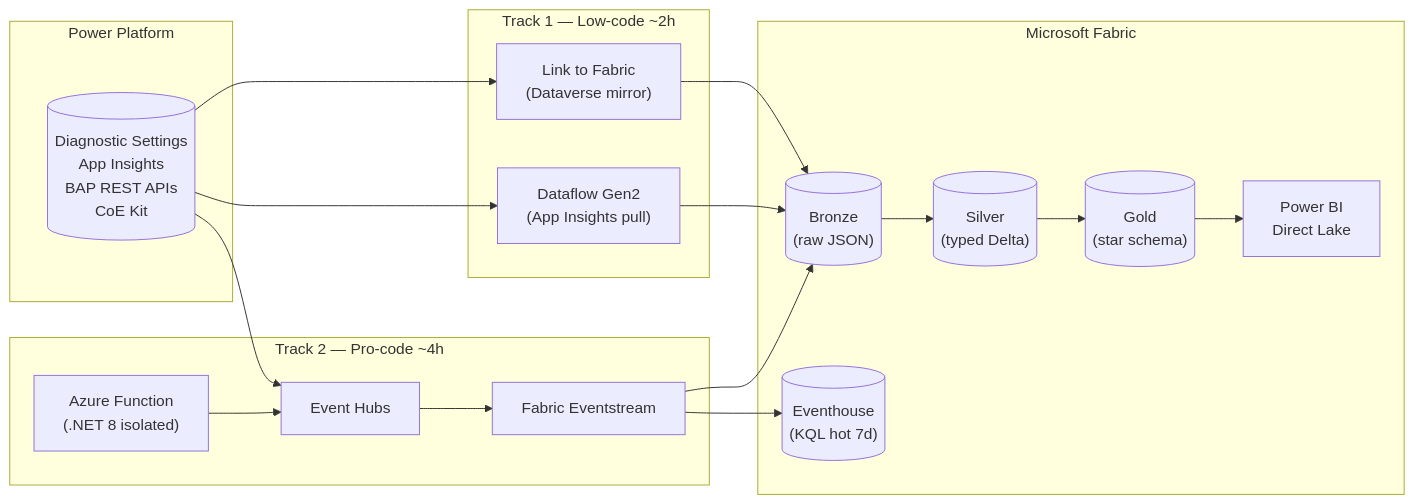
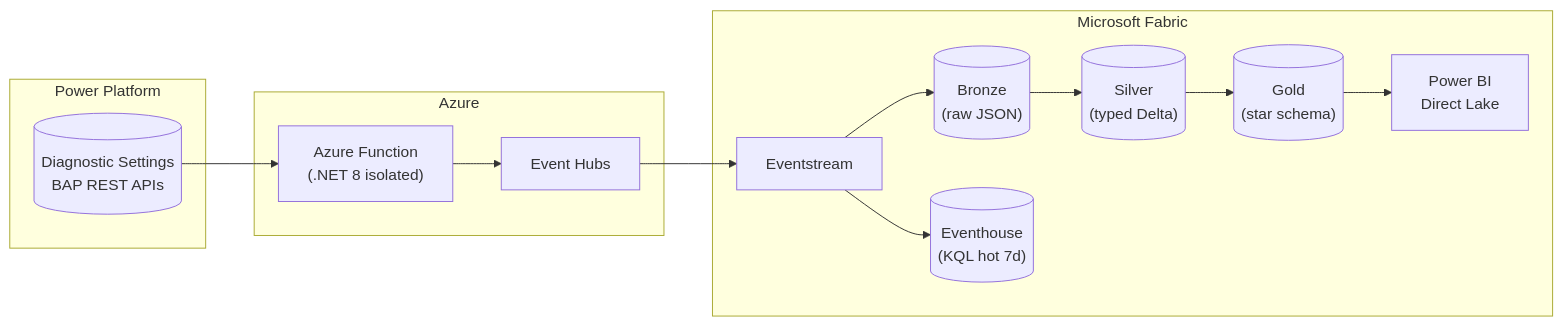
Before and after one commit to vaddify/powerplatform-telemetry-fabric-lab: the diagram in README.md, drawn with Mermaid. The commit also changed other lines of this file and 19 other files, not shown here.

First line of the commit message:
Refactor: remove low-code track, make repo purely pro-code

````diff
--- a/README.md
+++ b/README.md
@@ -61,32 +59,24 @@
 ```mermaid
 flowchart LR
     subgraph Sources["Power Platform"]
-        PP[("Diagnostic Settings\nApp Insights\nBAP REST APIs\nCoE Kit")]
+        PP[("Diagnostic Settings\nBAP REST APIs")]
     end
 
-    subgraph Track1["Track 1 — Low-code  ~2h"]
-        LF["Link to Fabric\n(Dataverse mirror)"]
-        DG["Dataflow Gen2\n(App Insights pull)"]
-    end
-
-    subgraph Track2["Track 2 — Pro-code  ~4h"]
+    subgraph Azure["Azure"]
+        FN["Azure Function\n(.NET 8 isolated)"]
         EH["Event Hubs"]
-        FN["Azure Function\n(.NET 8 isolated)"]
-        ES["Fabric Eventstream"]
     end
 
     subgraph Fabric["Microsoft Fabric"]
+        ES["Eventstream"]
         BZ[("Bronze\n(raw JSON)")]
         SV[("Silver\n(typed Delta)")]
         GD[("Gold\n(star schema)")]
         EV[("Eventhouse\n(KQL hot 7d)")]
         PBI["Power BI\nDirect Lake"]
     end
 
-    PP --> LF --> BZ
-    PP --> DG --> BZ
-    PP --> EH --> ES --> BZ
-    FN --> EH
+    PP --> FN --> EH --> ES --> BZ
+    ES --> EV
     BZ --> SV --> GD --> PBI
-    ES --> EV
 ```
````
